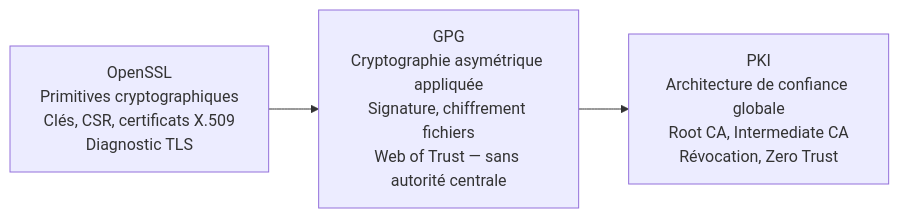
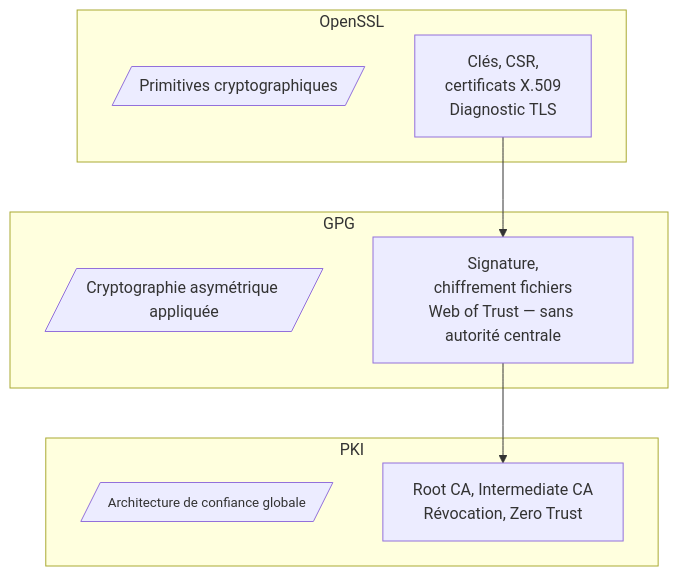
One commit to zyrass/omnydocs changed the second of 2 diagrams in docs/bases/crypto/index.md. Above: the diagram before and after it, drawn with Mermaid. The commit also changed other lines of this file and 1077 other files, not shown here.

````diff
--- a/docs/bases/crypto/index.md
+++ b/docs/bases/crypto/index.md
@@ -71,8 +77,19 @@
 ```mermaid
-flowchart LR
-    O["OpenSSL<br />Primitives cryptographiques<br />Clés, CSR, certificats X.509<br />Diagnostic TLS"]
-    G["GPG<br />Cryptographie asymétrique appliquée<br />Signature, chiffrement fichiers<br />Web of Trust — sans autorité centrale"]
-    P["PKI<br />Architecture de confiance globale<br />Root CA, Intermediate CA<br />Révocation, Zero Trust"]
+flowchart TB
+    subgraph OpenSSL
+        DetailOpenSSL[/"Primitives cryptographiques"/]
+        O["Clés, CSR,<br />certificats X.509<br />Diagnostic TLS"]
+    end
+
+    subgraph GPG
+        DetailGPG[/"Cryptographie asymétrique appliquée"/]
+        G["Signature,<br />chiffrement fichiers<br />Web of Trust — sans autorité centrale"]
+    end
+
+    subgraph PKI
+        DetailPKI[/"<small>Architecture de confiance globale</small>"/]
+        P["Root CA, Intermediate CA<br />Révocation, Zero Trust"]
+    end
 
     O --> G --> P
 ```
````
